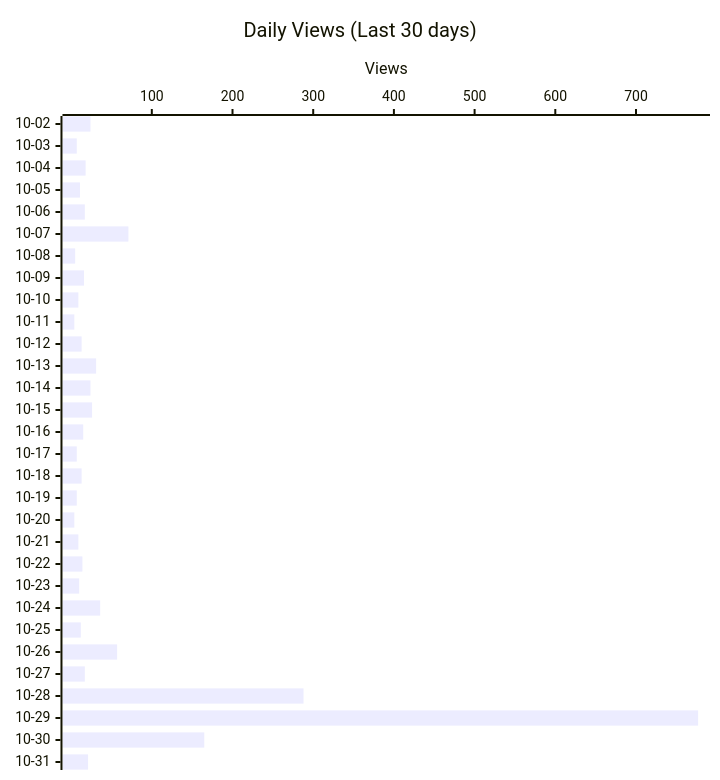
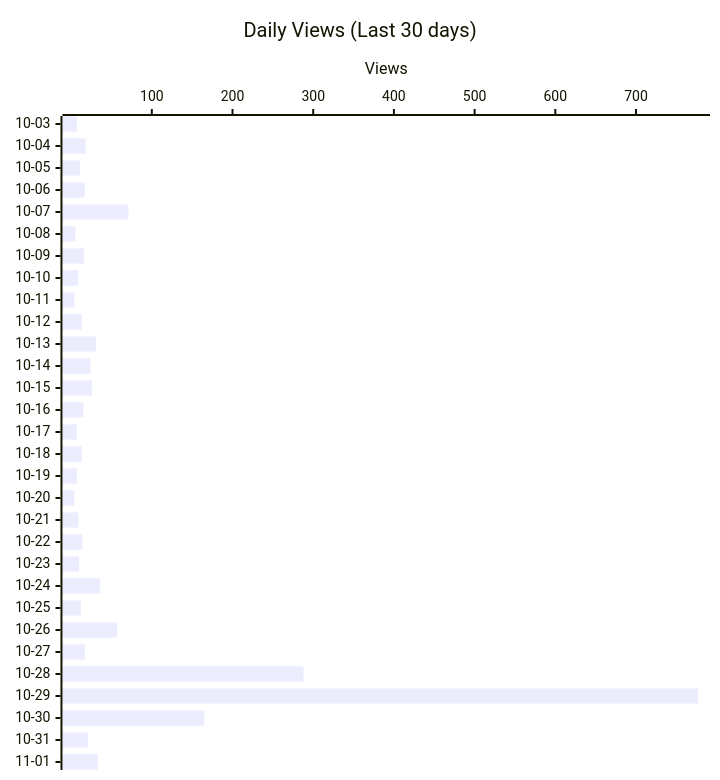
Before and after one commit to shigechika/github-insights: the second of 4 diagrams in README.md, drawn with Mermaid. The commit also changed other lines of this file and 1 other file, not shown here.

````diff
--- a/README.md
+++ b/README.md
@@ -28,12 +28,12 @@
 ```mermaid
 ---
 config:
   xyChart:
     height: 760
 ---
 xychart-beta horizontal
     title "Daily Views (Last 30 days)"
-    x-axis ["10-02", "10-03", "10-04", "10-05", "10-06", "10-07", "10-08", "10-09", "10-10", "10-11", "10-12", "10-13", "10-14", "10-15", "10-16", "10-17", "10-18", "10-19", "10-20", "10-21", "10-22", "10-23", "10-24", "10-25", "10-26", "10-27", "10-28", "10-29", "10-30", "10-31"]
+    x-axis ["10-03", "10-04", "10-05", "10-06", "10-07", "10-08", "10-09", "10-10", "10-11", "10-12", "10-13", "10-14", "10-15", "10-16", "10-17", "10-18", "10-19", "10-20", "10-21", "10-22", "10-23", "10-24", "10-25", "10-26", "10-27", "10-28", "10-29", "10-30", "10-31", "11-01"]
     y-axis "Views"
-    bar [24, 7, 18, 11, 17, 71, 5, 16, 9, 4, 13, 31, 24, 26, 15, 7, 13, 7, 4, 9, 14, 10, 36, 12, 57, 17, 288, 777, 165, 21]
+    bar [7, 18, 11, 17, 71, 5, 16, 9, 4, 13, 31, 24, 26, 15, 7, 13, 7, 4, 9, 14, 10, 36, 12, 57, 17, 288, 777, 165, 21, 33]
 ```
````
